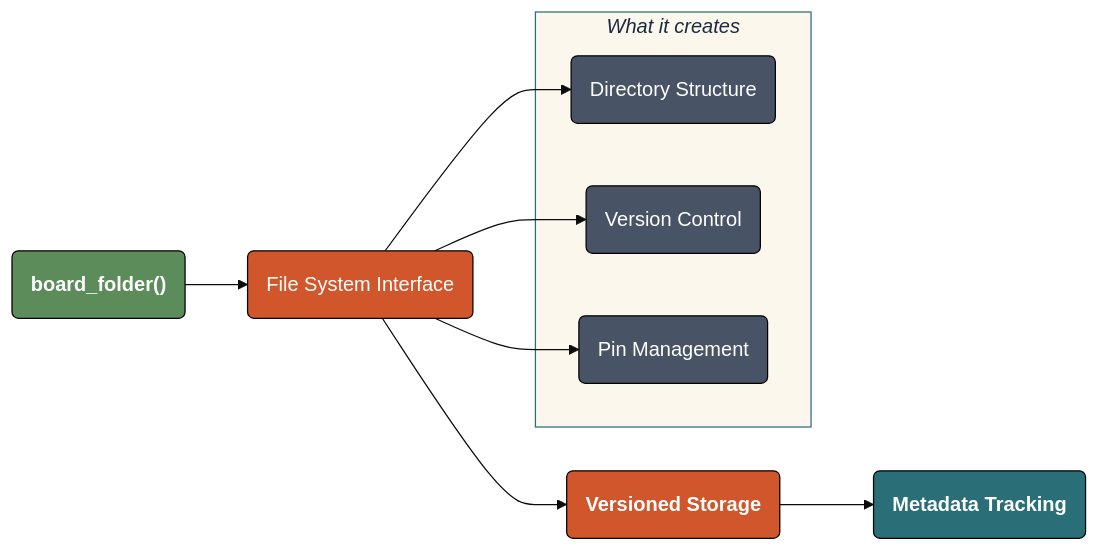
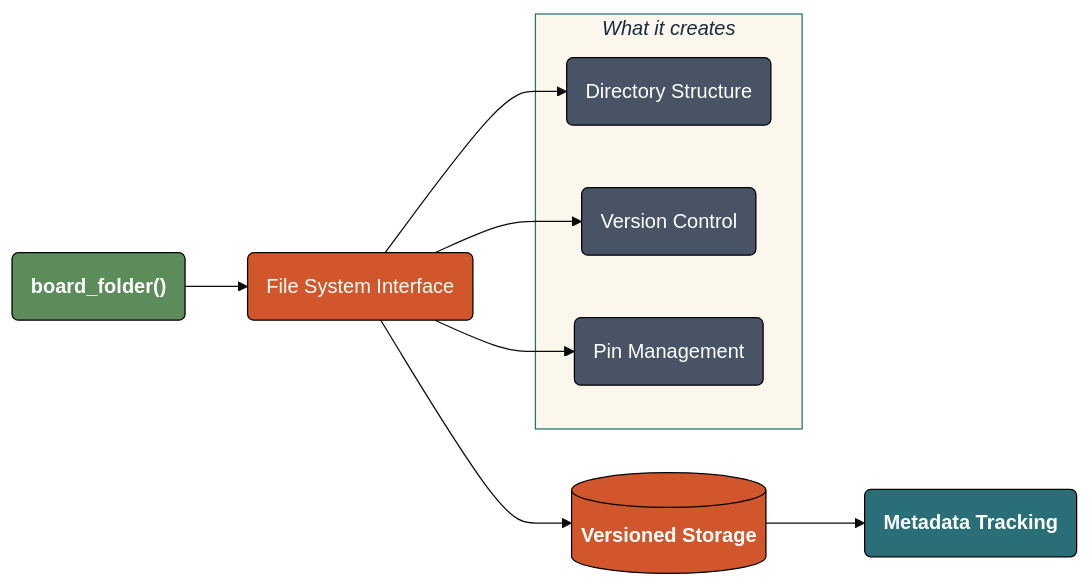
Before and after one commit to mjfrigaard/do4ds-labs: the third of 5 diagrams in lab02.qmd, drawn with Mermaid. The commit also changed other lines of this file and 28 other files, not shown here.

Commit message:
updates to mermaids

````diff
--- a/lab02.qmd
+++ b/lab02.qmd
@@ -297,32 +298,32 @@
 ```{mermaid}
 %%| fig-cap: 'board_folder()'
 %%| fig-align: 'center'
 %%{init: {'theme': 'base', 'themeVariables': {'fontFamily': 'monospace'}}}%%
 
 flowchart LR
     BrdFldr("<strong>board_folder()</strong>") --> FSI("File System Interface")
-    FSI --> VerStor("<strong>Versioned Storage</strong>")
+    FSI --> VerStor[("<strong>Versioned Storage</strong>")]
     VerStor --> MetaTr("<strong>Metadata Tracking</strong>")
     
     subgraph BF["<em>What it creates</em>"]
         DirStr("Directory Structure")
         VerCont("Version Control")
         PinMngMnt("Pin Management")
     end
     
     FSI --> DirStr
     FSI --> VerCont
     FSI --> PinMngMnt
 
     %% Style for outputs %%
     style BrdFldr fill:#5B8C5A,stroke:#000000,stroke-width:1px,color:#ffffff
     style FSI fill:#D2562B,stroke:#000000,stroke-width:1px,color:#ffffff
     style VerStor fill:#D2562B,stroke:#000000,stroke-width:1px,color:#ffffff
     style MetaTr fill:#2A6F77,stroke:#000000,stroke-width:1px,color:#ffffff
     style DirStr fill:#485466,stroke:#000000,stroke-width:1px,color:#ffffff
     style VerCont fill:#485466,stroke:#000000,stroke-width:1px,color:#ffffff
     style PinMngMnt fill:#485466,stroke:#000000,stroke-width:1px,color:#ffffff
     style BF fill:#fbf7ec,stroke:#2A6F77,color:#1B2A41
 
 
 ```
````
